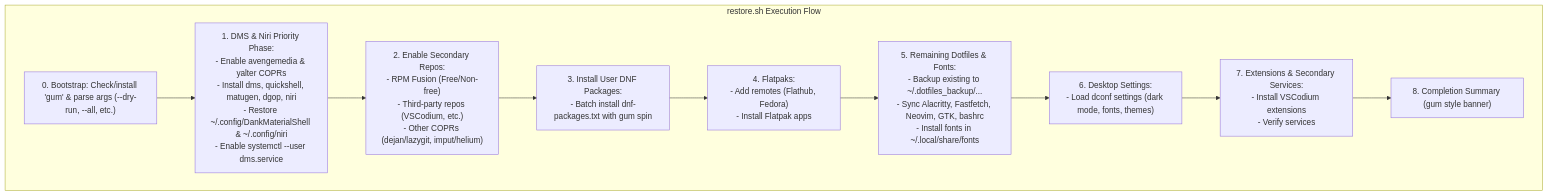
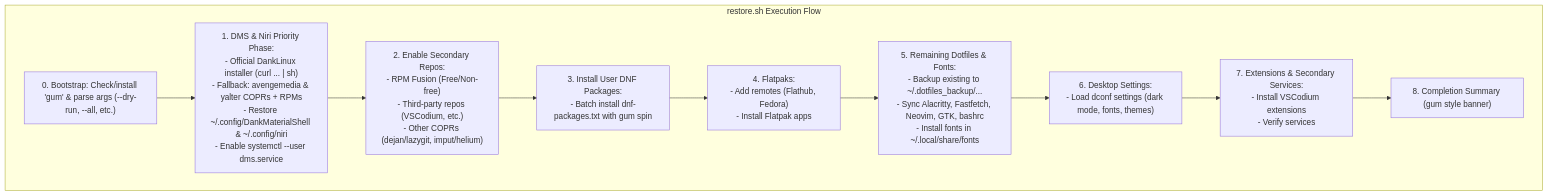
One commit to Torveek/fedora-dms-dotfiles changed the diagram in PLAN.md. Above: the diagram before and after it, drawn with Mermaid. The commit also changed other lines of this file and 4 other files, not shown here.

Commit message:
feat: support official automatic DankLinux installer in restore

````diff
--- a/PLAN.md
+++ b/PLAN.md
@@ -31,16 +31,16 @@
 ```mermaid
 flowchart TD
     subgraph RestoreFlow ["restore.sh Execution Flow"]
         BOOT["0. Bootstrap: Check/install 'gum' & parse args (--dry-run, --all, etc.)"]
-        DMS_PHASE["1. DMS & Niri Priority Phase:\n- Enable avengemedia & yalter COPRs\n- Install dms, quickshell, matugen, dgop, niri\n- Restore ~/.config/DankMaterialShell & ~/.config/niri\n- Enable systemctl --user dms.service"]
+        DMS_PHASE["1. DMS & Niri Priority Phase:\n- Official DankLinux installer (curl ... | sh)\n- Fallback: avengemedia & yalter COPRs + RPMs\n- Restore ~/.config/DankMaterialShell & ~/.config/niri\n- Enable systemctl --user dms.service"]
         REPO_PHASE["2. Enable Secondary Repos:\n- RPM Fusion (Free/Non-free)\n- Third-party repos (VSCodium, etc.)\n- Other COPRs (dejan/lazygit, imput/helium)"]
         PKG_PHASE["3. Install User DNF Packages:\n- Batch install dnf-packages.txt with gum spin"]
         FP_PHASE["4. Flatpaks:\n- Add remotes (Flathub, Fedora)\n- Install Flatpak apps"]
         DOT_PHASE["5. Remaining Dotfiles & Fonts:\n- Backup existing to ~/.dotfiles_backup/...\n- Sync Alacritty, Fastfetch, Neovim, GTK, bashrc\n- Install fonts in ~/.local/share/fonts"]
         DCONF_PHASE["6. Desktop Settings:\n- Load dconf settings (dark mode, fonts, themes)"]
         EXT_PHASE["7. Extensions & Secondary Services:\n- Install VSCodium extensions\n- Verify services"]
         DONE["8. Completion Summary (gum style banner)"]
     end
 
     BOOT --> DMS_PHASE --> REPO_PHASE --> PKG_PHASE --> FP_PHASE --> DOT_PHASE --> DCONF_PHASE --> EXT_PHASE --> DONE
 ```
````
